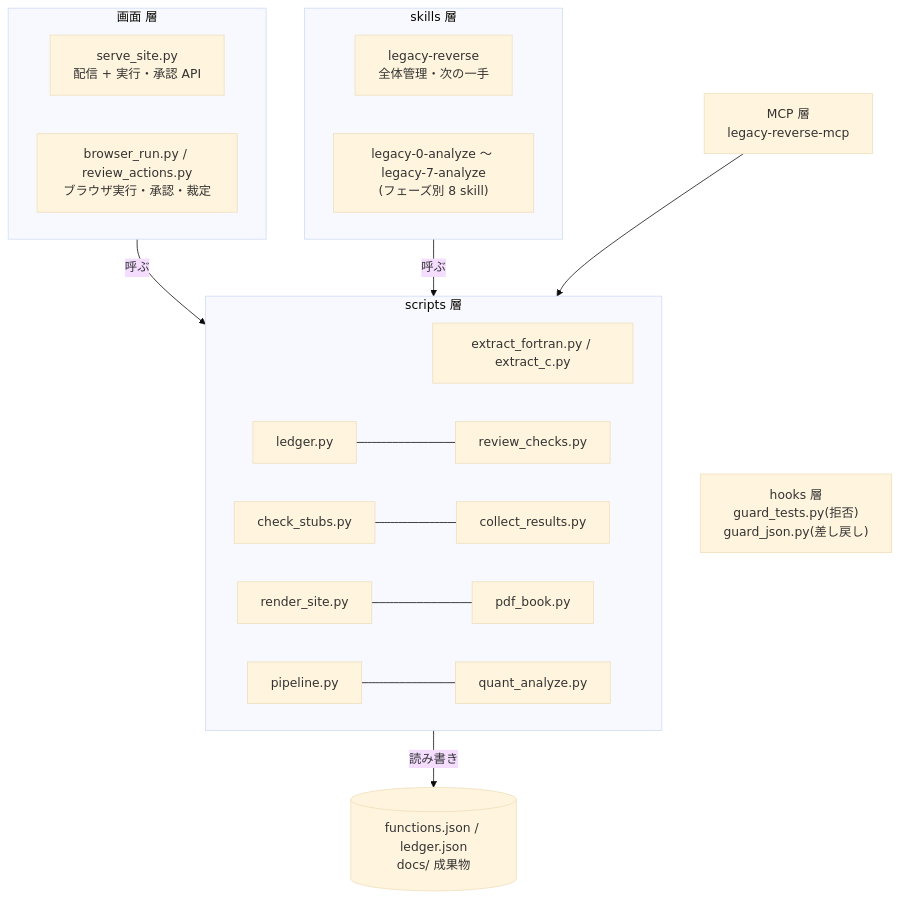
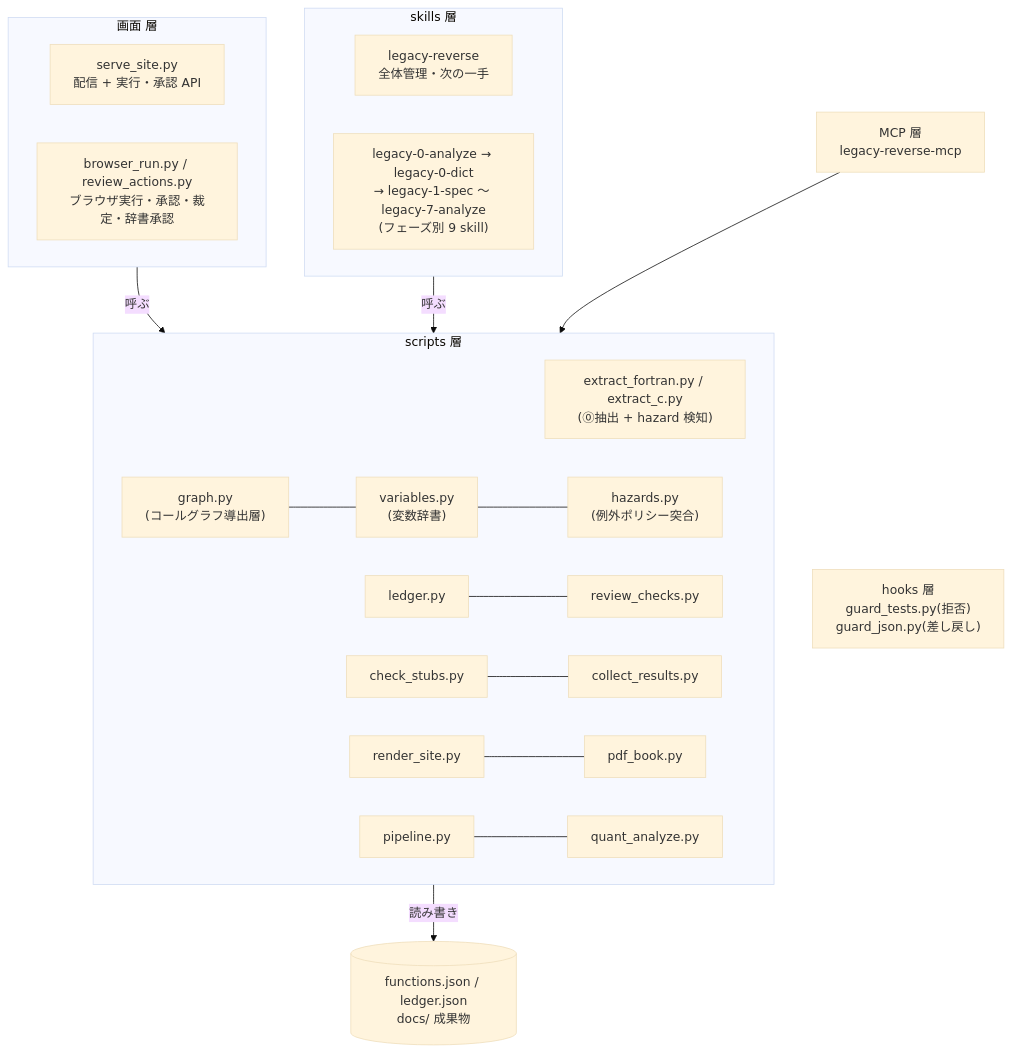
The first of 2 diagrams in docs/legacy-reverse/architecture.qmd (ctenopoma/skills), drawn with Mermaid (base theme) before and after one commit. The commit also changed other lines of this file and 59 other files, not shown here.

````diff
--- a/docs/legacy-reverse/architecture.qmd
+++ b/docs/legacy-reverse/architecture.qmd
@@ -11,27 +11,28 @@
 ```{mermaid}
 %%| label: fig-arch-layers
 %%| fig-cap: "skills / scripts / MCP / hooks / 画面の責務分担"
 
 flowchart TB
   subgraph skills["skills 層"]
     P["legacy-reverse<br>全体管理・次の一手"]
-    S["legacy-0-analyze 〜 legacy-7-analyze<br>(フェーズ別 8 skill)"]
+    S["legacy-0-analyze → legacy-0-dict<br>→ legacy-1-spec 〜 legacy-7-analyze<br>(フェーズ別 9 skill)"]
   end
   subgraph ui["画面 層"]
     SS["serve_site.py<br>配信 + 実行・承認 API"]
-    BR["browser_run.py / review_actions.py<br>ブラウザ実行・承認・裁定"]
+    BR["browser_run.py / review_actions.py<br>ブラウザ実行・承認・裁定・辞書承認"]
   end
   subgraph scripts["scripts 層"]
-    EX["extract_fortran.py / extract_c.py"]
+    EX["extract_fortran.py / extract_c.py<br>(⓪抽出 + hazard 検知)"]
+    GR["graph.py<br>(コールグラフ導出層)"] --- VA["variables.py<br>(変数辞書)"] --- HZ["hazards.py<br>(例外ポリシー突合)"]
     LG["ledger.py"] --- RV["review_checks.py"]
     CS["check_stubs.py"] --- CR["collect_results.py"]
     RS["render_site.py"] --- PB["pdf_book.py"]
     PL["pipeline.py"] --- QA["quant_analyze.py"]
   end
   MCP["MCP 層<br>legacy-reverse-mcp"] --> scripts
   HK["hooks 層<br>guard_tests.py(拒否)<br>guard_json.py(差し戻し)"]
   MCP ~~~ HK
   skills -->|呼ぶ| scripts
   ui -->|呼ぶ| scripts
   scripts -->|読み書き| DATA[("functions.json / ledger.json<br>docs/ 成果物")]
 ```
````
